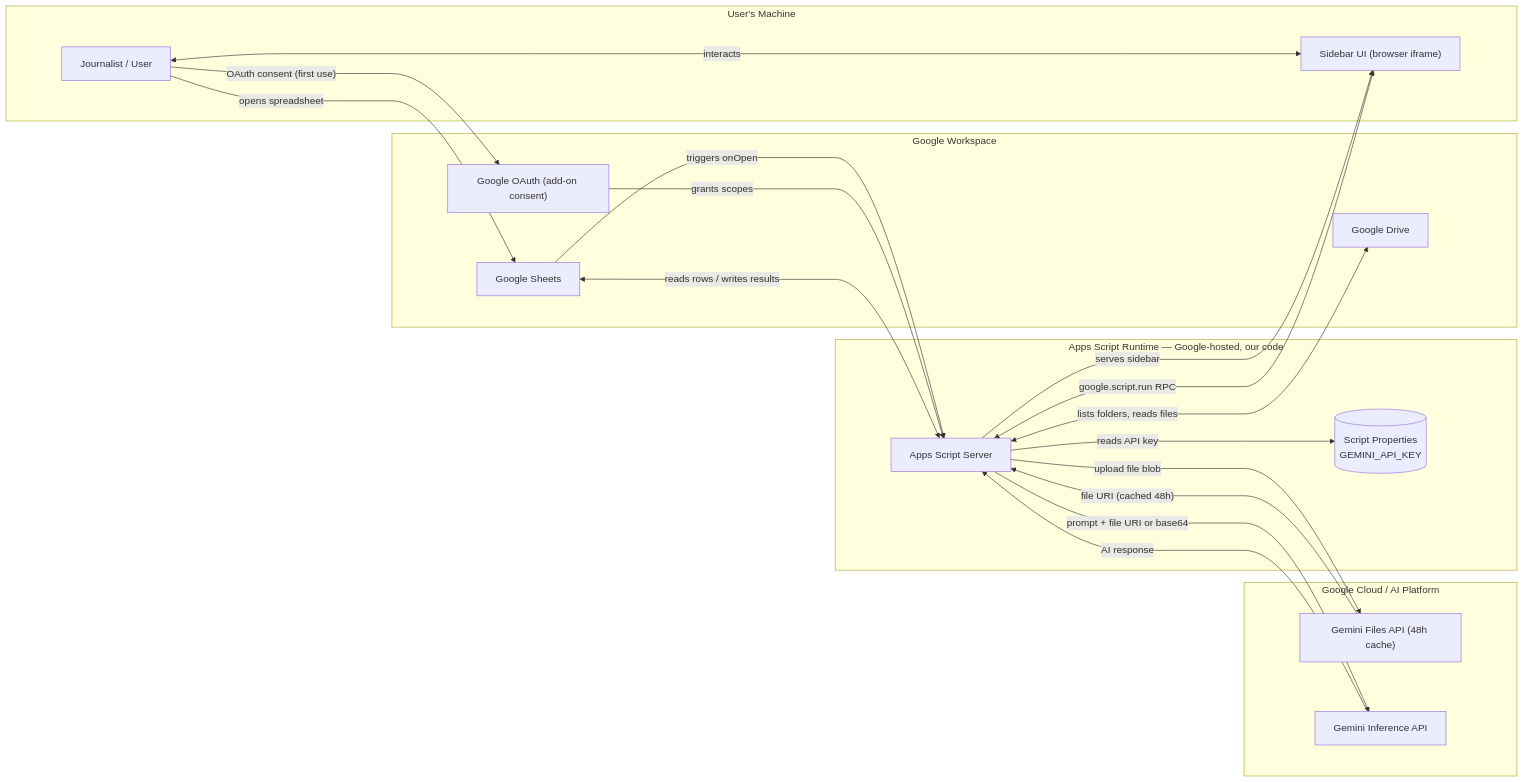
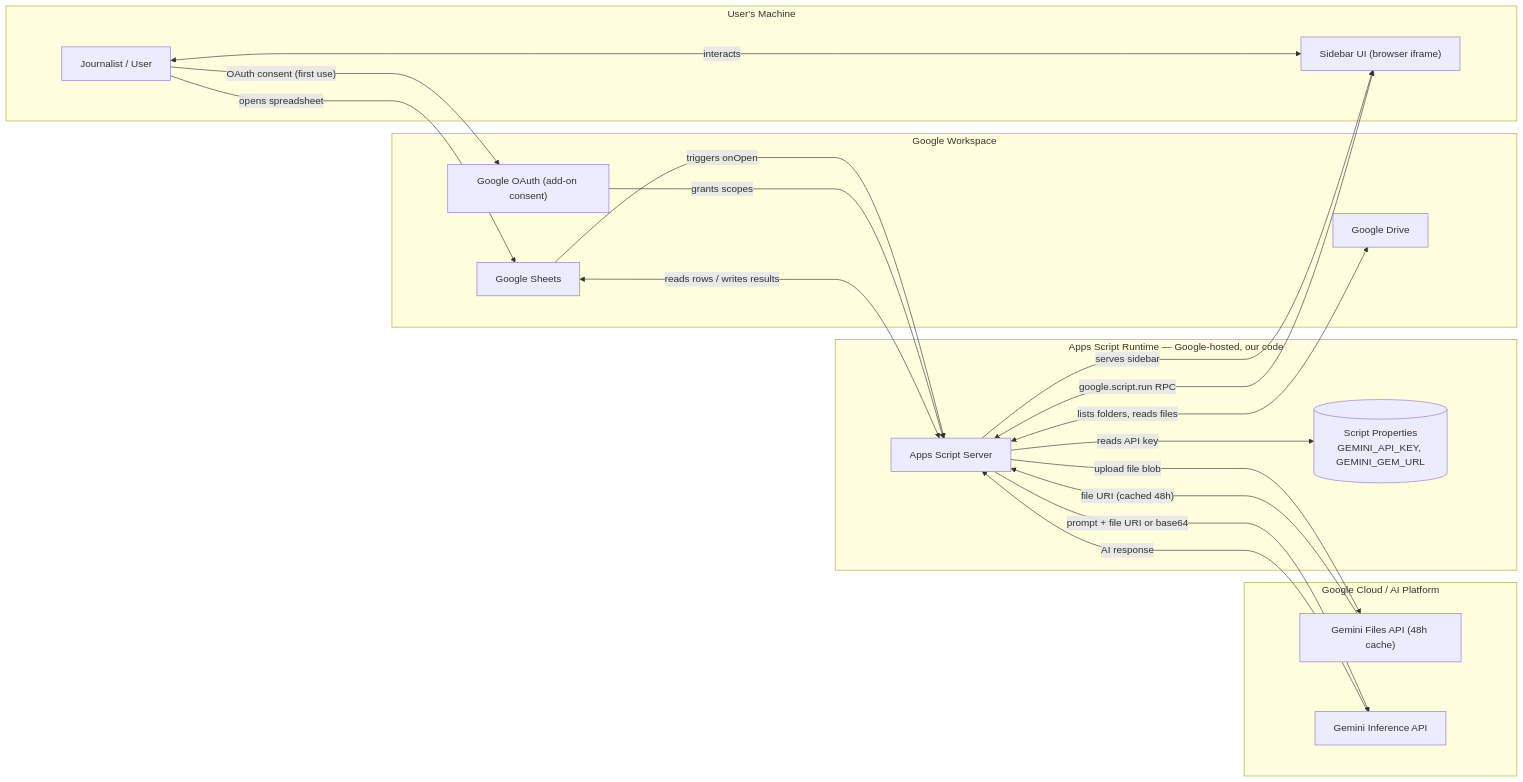
One commit to propublica/gas-ssi-toolkit changed the first of 2 diagrams in docs/threat_models/ssi-toolkit-threat-model.md. Above: the diagram before and after it, drawn with Mermaid. The commit also changed other lines of this file, not shown here.

First line of the commit message:
docs(security): add T19 for getGeminiGemUrl, a new low-risk RPC endpoint

````diff
--- a/docs/threat_models/ssi-toolkit-threat-model.md
+++ b/docs/threat_models/ssi-toolkit-threat-model.md
@@ -16,39 +16,39 @@
 ```mermaid
 %%{init: {"flowchart": {"nodeSpacing": 80, "rankSpacing": 180, "curve": "monotoneX"}} }%%
 flowchart LR
     subgraph USER_ZONE["User's Machine"]
         USER["Journalist / User"]
         SIDEBAR["Sidebar UI (browser iframe)"]
     end
 
     subgraph GAS_ZONE["Apps Script Runtime — Google-hosted, our code"]
         SERVER["Apps Script Server"]
-        PROPS[("Script Properties\nGEMINI_API_KEY")]
+        PROPS[("Script Properties\nGEMINI_API_KEY, GEMINI_GEM_URL")]
     end
 
     subgraph WORKSPACE["Google Workspace"]
         OAUTH["Google OAuth (add-on consent)"]
         SHEETS["Google Sheets"]
         DRIVE["Google Drive"]
     end
 
     subgraph GCP["Google Cloud / AI Platform"]
         GEMINI_FILES["Gemini Files API (48h cache)"]
         GEMINI["Gemini Inference API"]
     end
 
     USER -->|"opens spreadsheet"| SHEETS
     SHEETS -->|"triggers onOpen"| SERVER
     SERVER -->|"serves sidebar"| SIDEBAR
     USER <-->|"interacts"| SIDEBAR
     SIDEBAR <-->|"google.script.run RPC"| SERVER
     USER -->|"OAuth consent (first use)"| OAUTH
     OAUTH -->|"grants scopes"| SERVER
     SERVER <-->|"reads rows / writes results"| SHEETS
     SERVER <-->|"lists folders, reads files"| DRIVE
     SERVER -->|"reads API key"| PROPS
     SERVER -->|"upload file blob"| GEMINI_FILES
     GEMINI_FILES -->|"file URI (cached 48h)"| SERVER
     SERVER -->|"prompt + file URI or base64"| GEMINI
     GEMINI -->|"AI response"| SERVER
 ```
````
